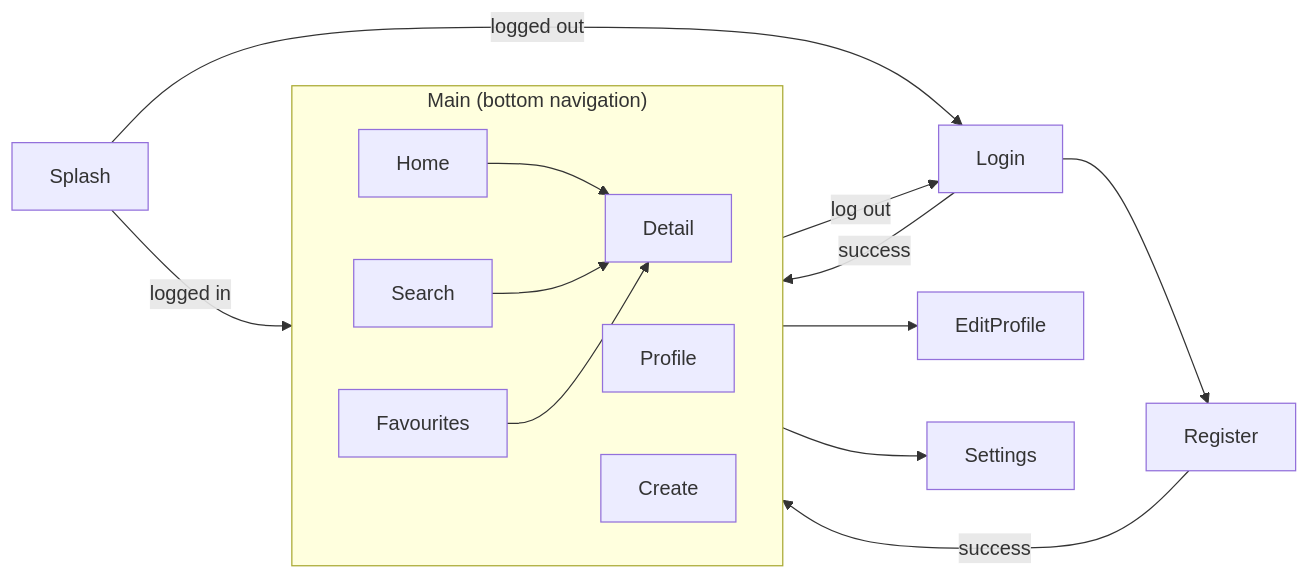
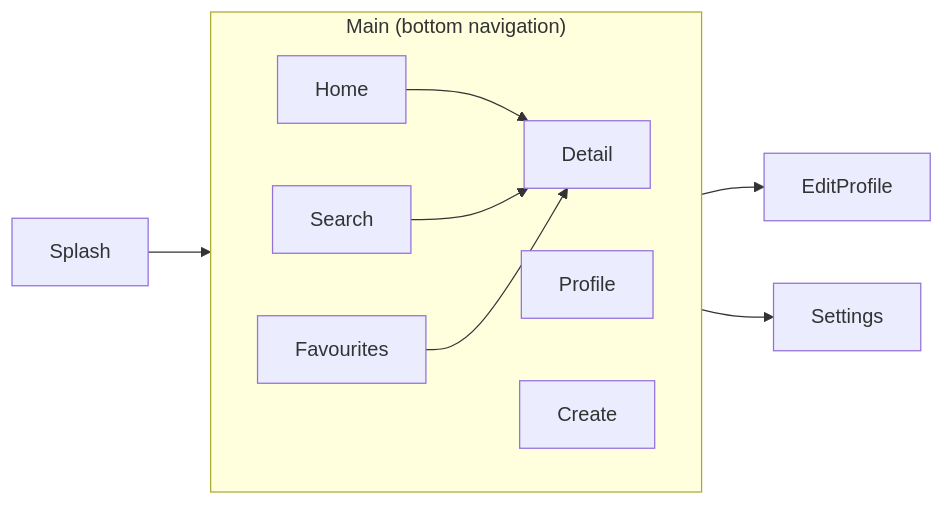
The third of 3 diagrams in README.md (Zulfique/eventfinder-south-africa), drawn with Mermaid before and after one commit. The commit also changed other lines of this file and 6 other files, not shown here.

````diff
--- a/README.md
+++ b/README.md
@@ -152,21 +151,16 @@
 ```mermaid
 flowchart LR
-    Splash -->|logged out| Login
-    Splash -->|logged in| Main
-    Login --> Register
-    Login -->|success| Main
-    Register -->|success| Main
+    Splash --> Main
 
     subgraph Main["Main (bottom navigation)"]
         direction LR
         Home --> Detail
         Search --> Detail
         Favourites --> Detail
         Profile
         Create
     end
 
     Profile --> EditProfile
     Profile --> Settings
-    Profile -->|log out| Login
 ```
````
